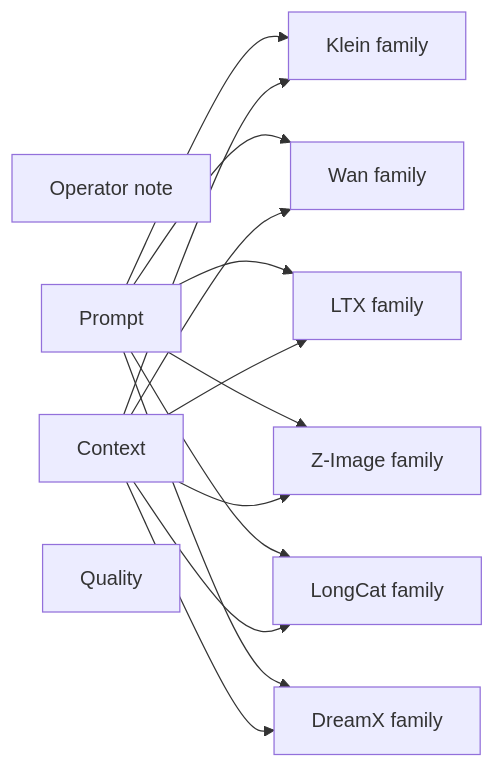
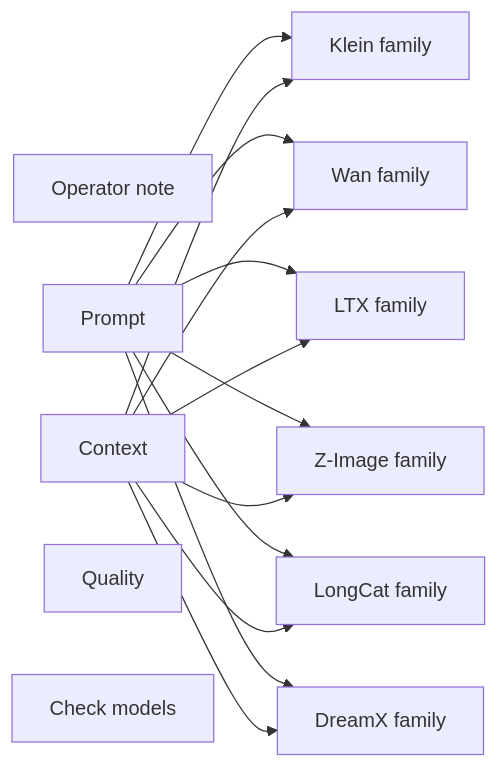
Before and after one commit to toxicoder/ez-comfy-stack: the diagram in docs/generated/workflows/inspire/prompt-forge.md, drawn with Mermaid. The commit also changed other lines of this file and 1106 other files, not shown here.

First line of the commit message:
feat: add Check models node to every lab App

````diff
--- a/docs/generated/workflows/inspire/prompt-forge.md
+++ b/docs/generated/workflows/inspire/prompt-forge.md
@@ -62,25 +62,26 @@
 ```mermaid
 flowchart LR
   N1["Operator note"]
   N5["Prompt"]
   N6["Context"]
   N2["Klein family"]
   N3["Wan family"]
   N4["LTX family"]
   N7["Z-Image family"]
   N8["LongCat family"]
   N9["DreamX family"]
   N10["Quality"]
+  N11["Check models"]
   N5 --> N2
   N5 --> N3
   N5 --> N4
   N5 --> N7
   N5 --> N8
   N5 --> N9
   N6 --> N2
   N6 --> N3
   N6 --> N4
   N6 --> N7
   N6 --> N8
   N6 --> N9
 ```
````
